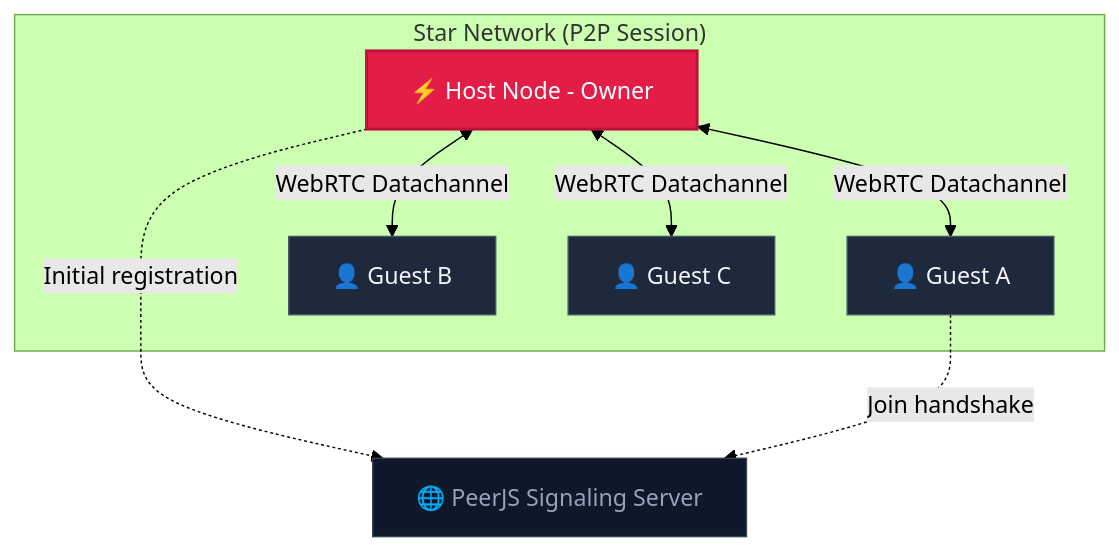
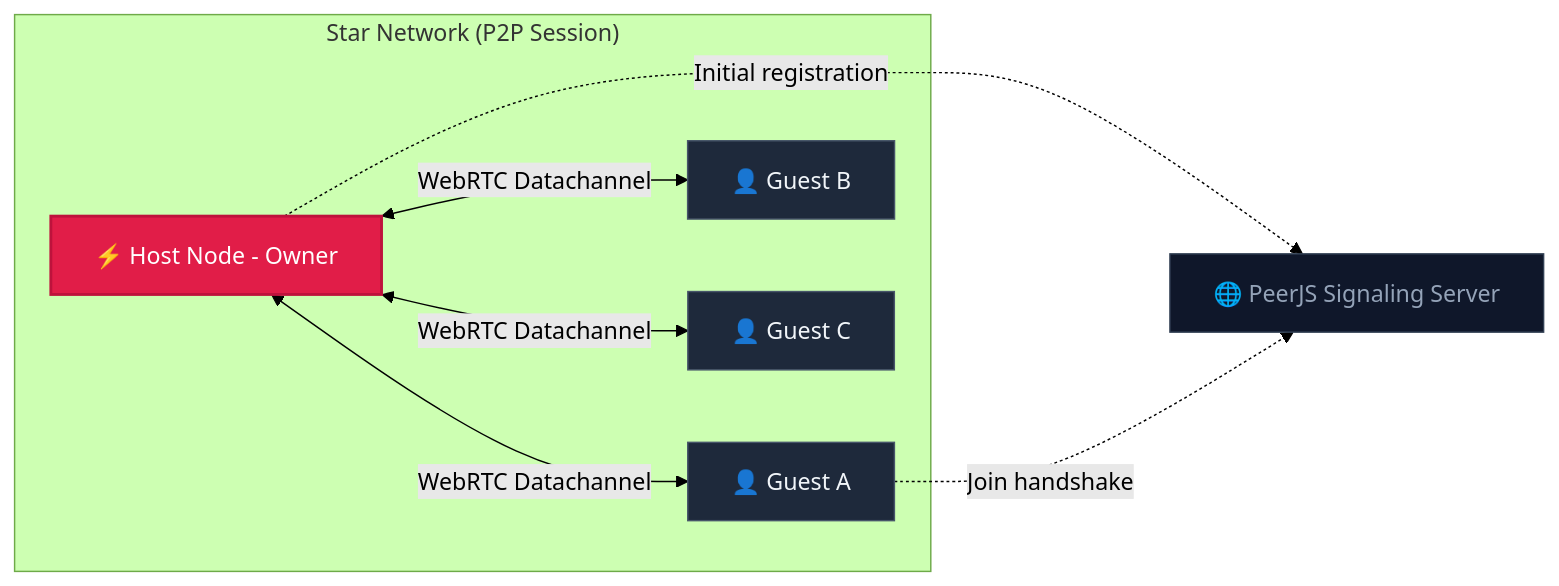
The diagram in README.md (shubhambelbase/Syncpad), drawn with Mermaid (forest theme) before and after one commit.

````diff
--- a/README.md
+++ b/README.md
@@ -67,29 +67,28 @@
 ```mermaid
-graph TD
-    subgraph "Star Network (P2P Session)"
-        Host[⚡ Host Node - Owner]
-        GuestA[👤 Guest A]
-        GuestB[👤 Guest B]
-        GuestC[👤 Guest C]
+flowchart LR
+    Signaling["🌐 PeerJS Signaling Server"]
+    
+    subgraph Session["Star Network (P2P Session)"]
+        Host["⚡ Host Node - Owner"]
+        GuestA["👤 Guest A"]
+        GuestB["👤 Guest B"]
+        GuestC["👤 Guest C"]
+        
+        Host <-->|WebRTC Datachannel| GuestA
+        Host <-->|WebRTC Datachannel| GuestB
+        Host <-->|WebRTC Datachannel| GuestC
     end
-
-    Signaling[🌐 PeerJS Signaling Server]
     
     %% Handshake connections
     Host -.->|Initial registration| Signaling
     GuestA -.->|Join handshake| Signaling
-    
-    %% WebRTC direct connections
-    Host <-->|WebRTC Datachannel| GuestA
-    Host <-->|WebRTC Datachannel| GuestB
-    Host <-->|WebRTC Datachannel| GuestC
 
     %% Styling
     classDef hostStyle fill:#e11d48,stroke:#be123c,stroke-width:2px,color:#fff;
     classDef guestStyle fill:#1e293b,stroke:#475569,stroke-width:1px,color:#f1f5f9;
     classDef sigStyle fill:#0f172a,stroke:#334155,stroke-width:1px,color:#94a3b8;
     
     class Host hostStyle;
     class GuestA,GuestB,GuestC guestStyle;
     class Signaling sigStyle;
 ```
````
